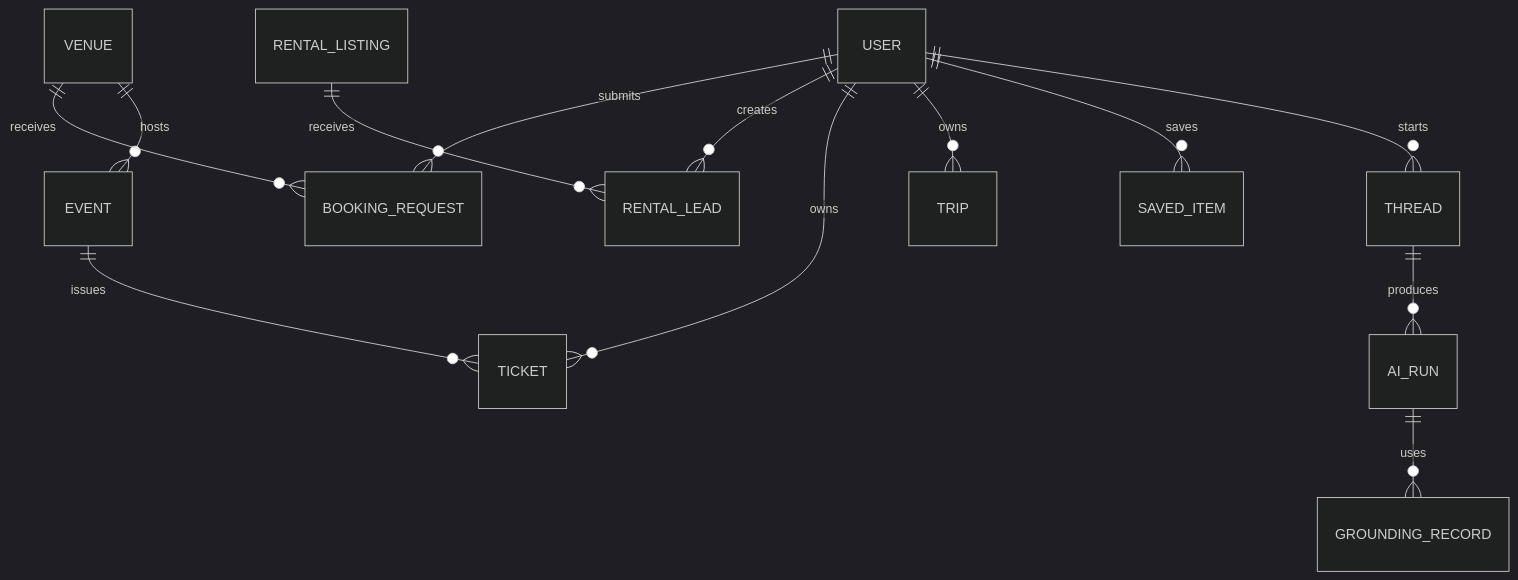
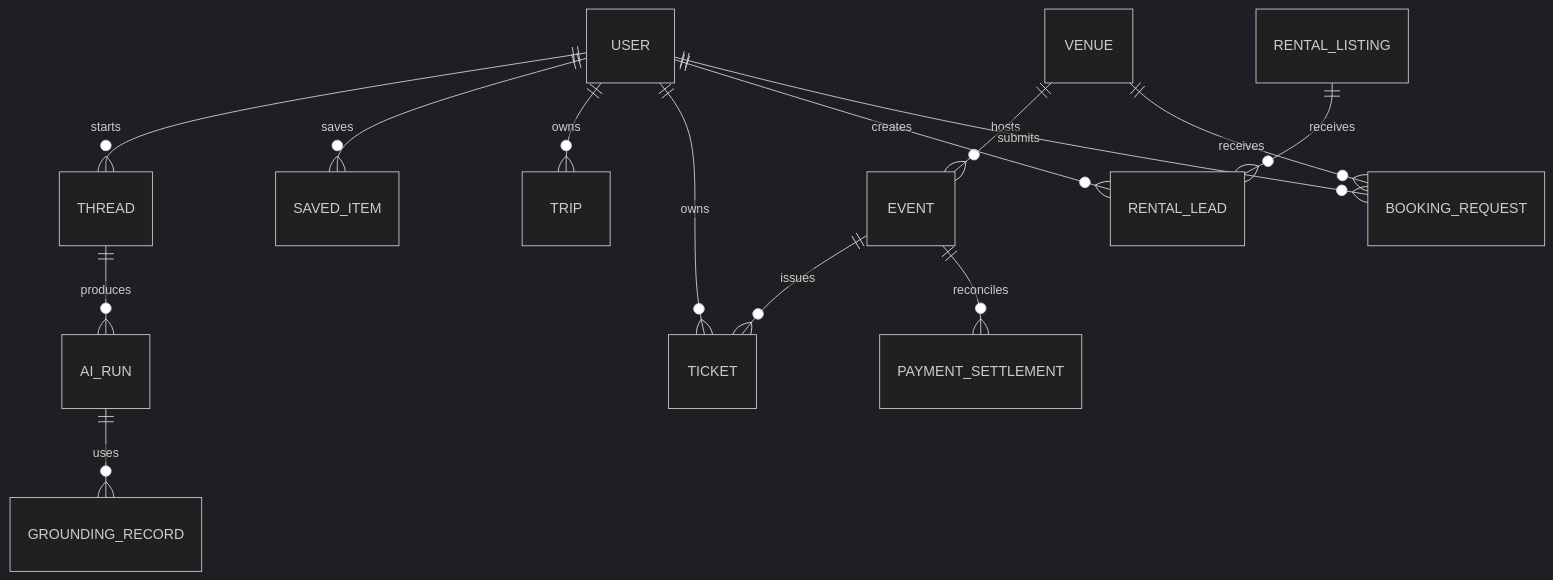
One commit to amoai-tech/mdeai changed the second of 2 diagrams in prd.md. Above: the diagram before and after it, drawn with Mermaid (dark theme). The commit also changed other lines of this file, not shown here.

````diff
--- a/prd.md
+++ b/prd.md
@@ -891,15 +500,16 @@
 ```mermaid
 erDiagram
     USER ||--o{ THREAD : starts
     USER ||--o{ SAVED_ITEM : saves
     USER ||--o{ TRIP : owns
     USER ||--o{ TICKET : owns
     EVENT ||--o{ TICKET : issues
+    EVENT ||--o{ PAYMENT_SETTLEMENT : reconciles
     VENUE ||--o{ EVENT : hosts
     USER ||--o{ RENTAL_LEAD : creates
     RENTAL_LISTING ||--o{ RENTAL_LEAD : receives
     USER ||--o{ BOOKING_REQUEST : submits
     VENUE ||--o{ BOOKING_REQUEST : receives
     THREAD ||--o{ AI_RUN : produces
     AI_RUN ||--o{ GROUNDING_RECORD : uses
 ```
````
